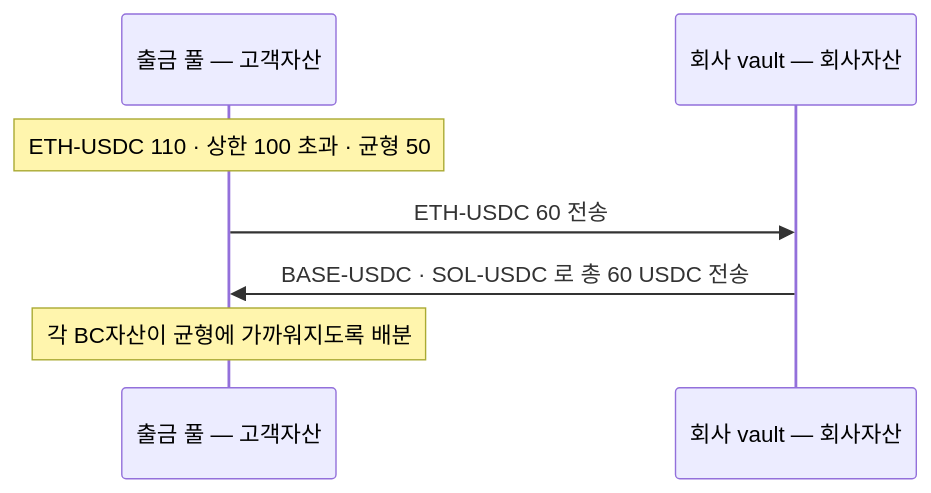
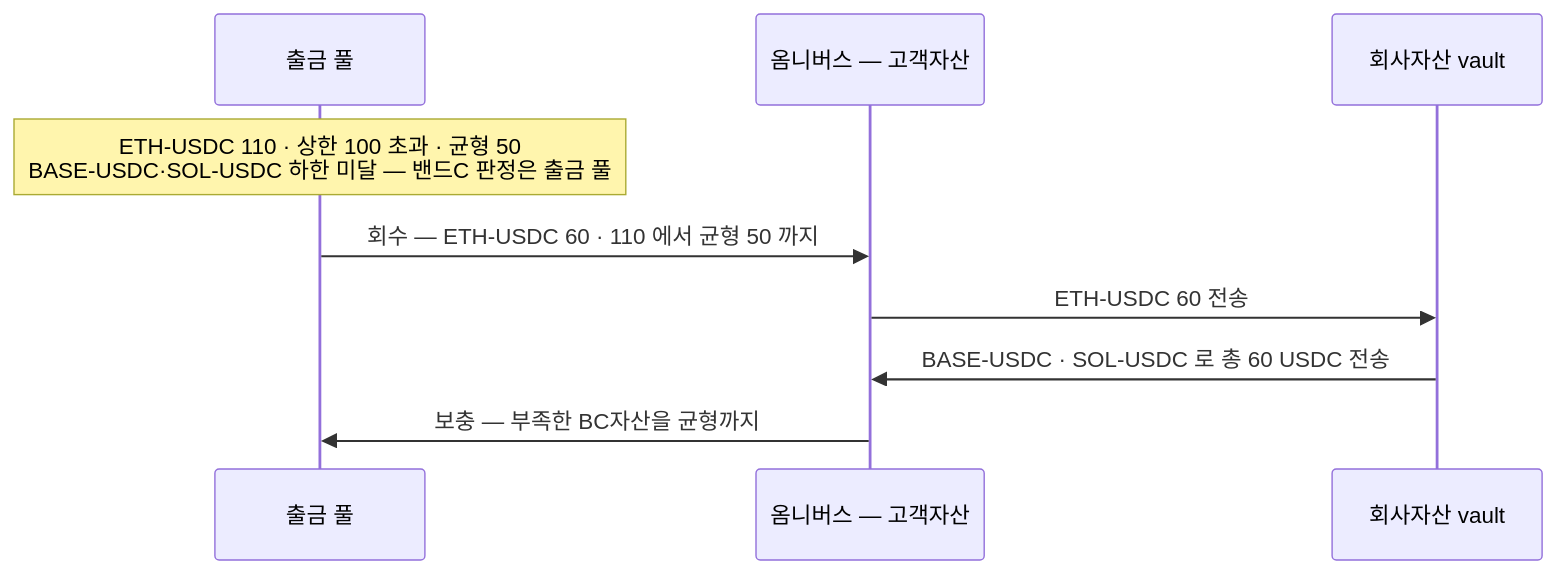
Before and after one commit to eunsujeo/eunpus: the first of 2 diagrams in blockchain-manager/docs/블록체인매니저/브릿지/01-problem.md, drawn with Mermaid. The commit also changed other lines of this file and 6 other files, not shown here.

````diff
--- a/blockchain-manager/docs/블록체인매니저/브릿지/01-problem.md
+++ b/blockchain-manager/docs/블록체인매니저/브릿지/01-problem.md
@@ -52,10 +62,12 @@
 ```mermaid
 sequenceDiagram
-  participant S as 출금 풀 — 고객자산
-  participant K as 회사 vault — 회사자산
+  participant W as 출금 풀
+  participant S as 옴니버스 — 고객자산
+  participant K as 회사자산 vault
 
-  Note over S: ETH-USDC 110 · 상한 100 초과 · 균형 50
+  Note over W: ETH-USDC 110 · 상한 100 초과 · 균형 50<br/>BASE-USDC·SOL-USDC 하한 미달 — 밴드C 판정은 출금 풀
+  W->>S: 회수 — ETH-USDC 60 · 110 에서 균형 50 까지
   S->>K: ETH-USDC 60 전송
   K->>S: BASE-USDC · SOL-USDC 로 총 60 USDC 전송
-  Note over S: 각 BC자산이 균형에 가까워지도록 배분
+  S->>W: 보충 — 부족한 BC자산을 균형까지
 ```
````
